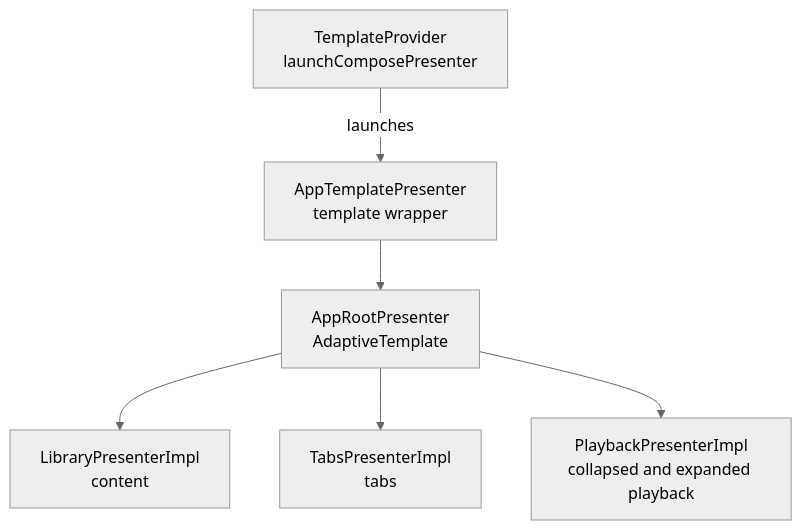
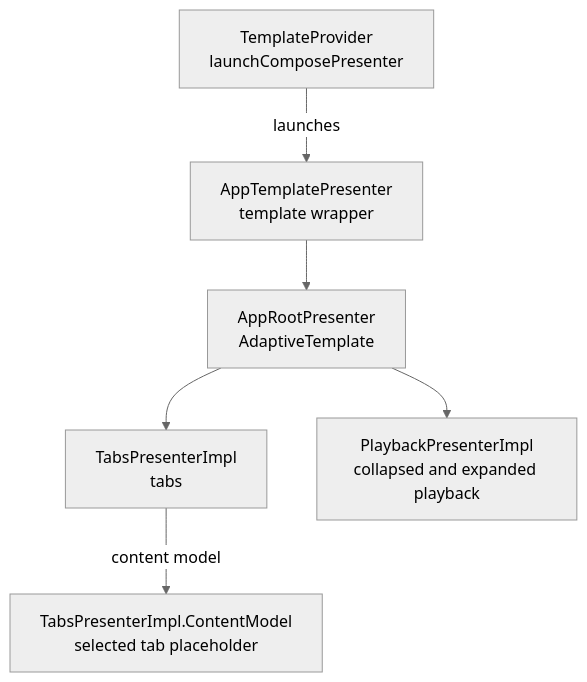
One commit to vRallev/storymile changed the diagram in docs/presenter-hierarchy.md. Above: the diagram before and after it, drawn with Mermaid (neutral theme). The commit also changed other lines of this file and 30 other files, not shown here.

````diff
--- a/docs/presenter-hierarchy.md
+++ b/docs/presenter-hierarchy.md
@@ -8,15 +8,15 @@
 ```mermaid
 flowchart TD
   TemplateProvider["TemplateProvider\nlaunchComposePresenter"]
   AppTemplatePresenter["AppTemplatePresenter\ntemplate wrapper"]
   AppRootPresenter["AppRootPresenter\nAdaptiveTemplate"]
-  LibraryPresenter["LibraryPresenterImpl\ncontent"]
+  TabContent["TabsPresenterImpl.ContentModel\nselected tab placeholder"]
   TabsPresenter["TabsPresenterImpl\ntabs"]
   PlaybackPresenter["PlaybackPresenterImpl\ncollapsed and expanded playback"]
 
   TemplateProvider -->|launches| AppTemplatePresenter
   AppTemplatePresenter --> AppRootPresenter
-  AppRootPresenter --> LibraryPresenter
   AppRootPresenter --> TabsPresenter
+  TabsPresenter -->|content model| TabContent
   AppRootPresenter --> PlaybackPresenter
 ```
````
